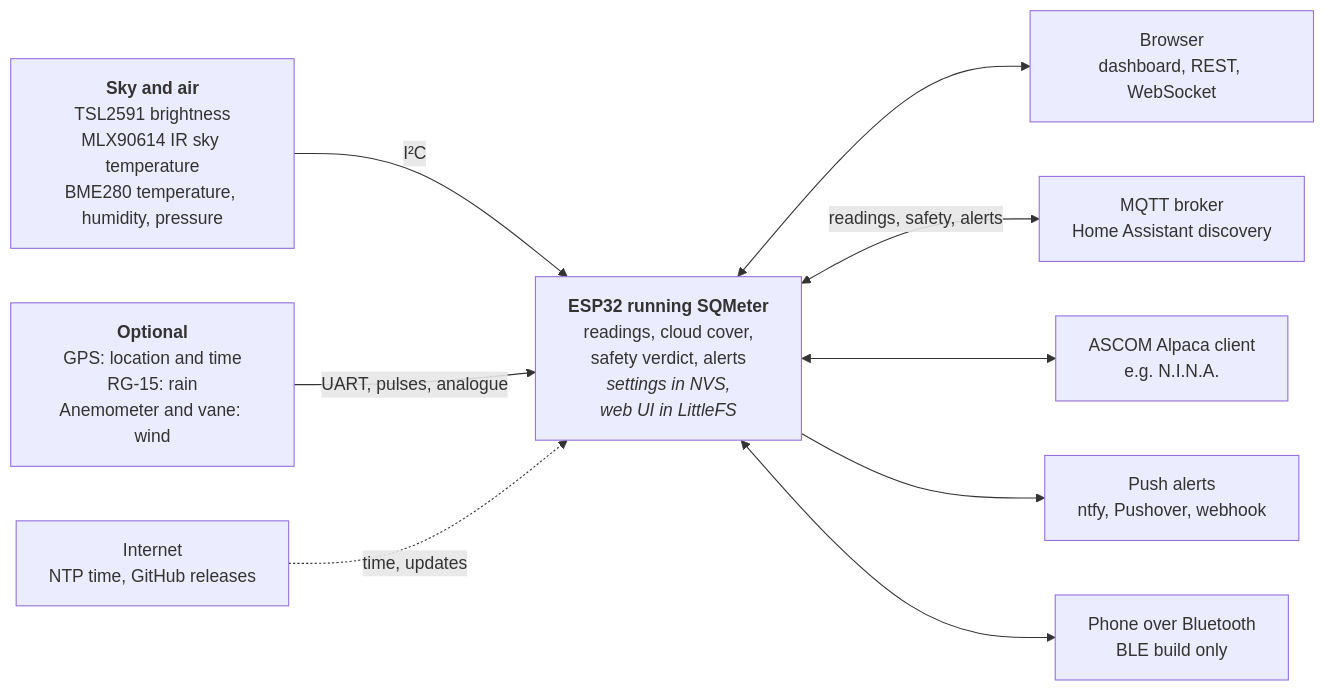
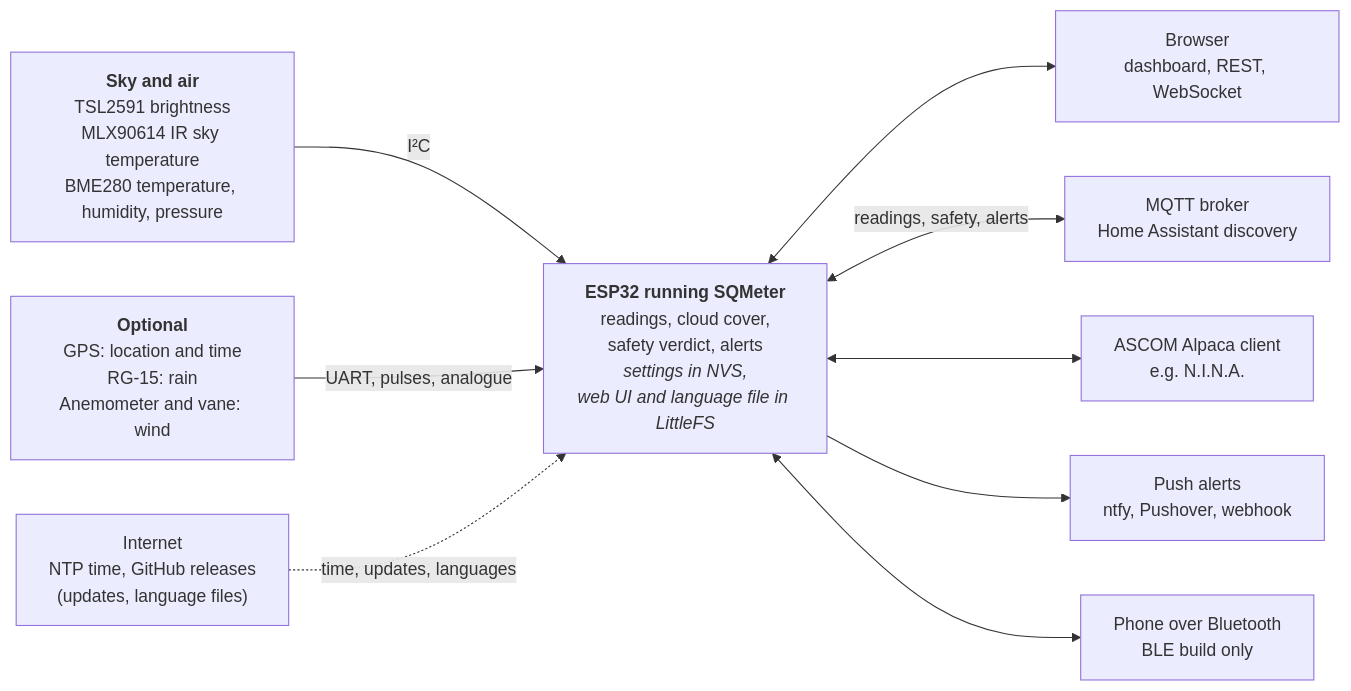
One commit to DeanJ87/SQMeter changed the diagram in README.md. Above: the diagram before and after it, drawn with Mermaid. The commit also changed other lines of this file and 14 other files, not shown here.

Commit message:
docs(i18n): languages guide, translations guide, I18N rules, REST and route registry for /api/i18n; diagrams updated

````diff
--- a/README.md
+++ b/README.md
@@ -29,22 +29,22 @@
 ```mermaid
 flowchart LR
     accTitle: What SQMeter connects to
     accDescr: Sensors feed the ESP32. It keeps its settings and web UI on the device, serves a dashboard and APIs to browsers, publishes to an MQTT broker, answers ASCOM Alpaca clients such as N.I.N.A., and sends alerts to push services and paired phones.
     I2C["<b>Sky and air</b><br/>TSL2591 brightness<br/>MLX90614 IR sky temperature<br/>BME280 temperature, humidity, pressure"]
     OPT["<b>Optional</b><br/>GPS: location and time<br/>RG-15: rain<br/>Anemometer and vane: wind"]
-    ESP["<b>ESP32 running SQMeter</b><br/>readings, cloud cover,<br/>safety verdict, alerts<br/><i>settings in NVS,<br/>web UI in LittleFS</i>"]
+    ESP["<b>ESP32 running SQMeter</b><br/>readings, cloud cover,<br/>safety verdict, alerts<br/><i>settings in NVS,<br/>web UI and language file in LittleFS</i>"]
     WEB["Browser<br/>dashboard, REST, WebSocket"]
     MQTT["MQTT broker<br/>Home Assistant discovery"]
     ALPACA["ASCOM Alpaca client<br/>e.g. N.I.N.A."]
     PUSH["Push alerts<br/>ntfy, Pushover, webhook"]
     PHONE["Phone over Bluetooth<br/>BLE build only"]
-    NET["Internet<br/>NTP time, GitHub releases"]
+    NET["Internet<br/>NTP time, GitHub releases<br/>(updates, language files)"]
     I2C -->|I²C| ESP
     OPT -->|UART, pulses, analogue| ESP
-    NET -.->|time, updates| ESP
+    NET -.->|time, updates, languages| ESP
     ESP <--> WEB
     ESP <-->|readings, safety, alerts| MQTT
     ESP <--> ALPACA
     ESP --> PUSH
     ESP <--> PHONE
 ```
````
